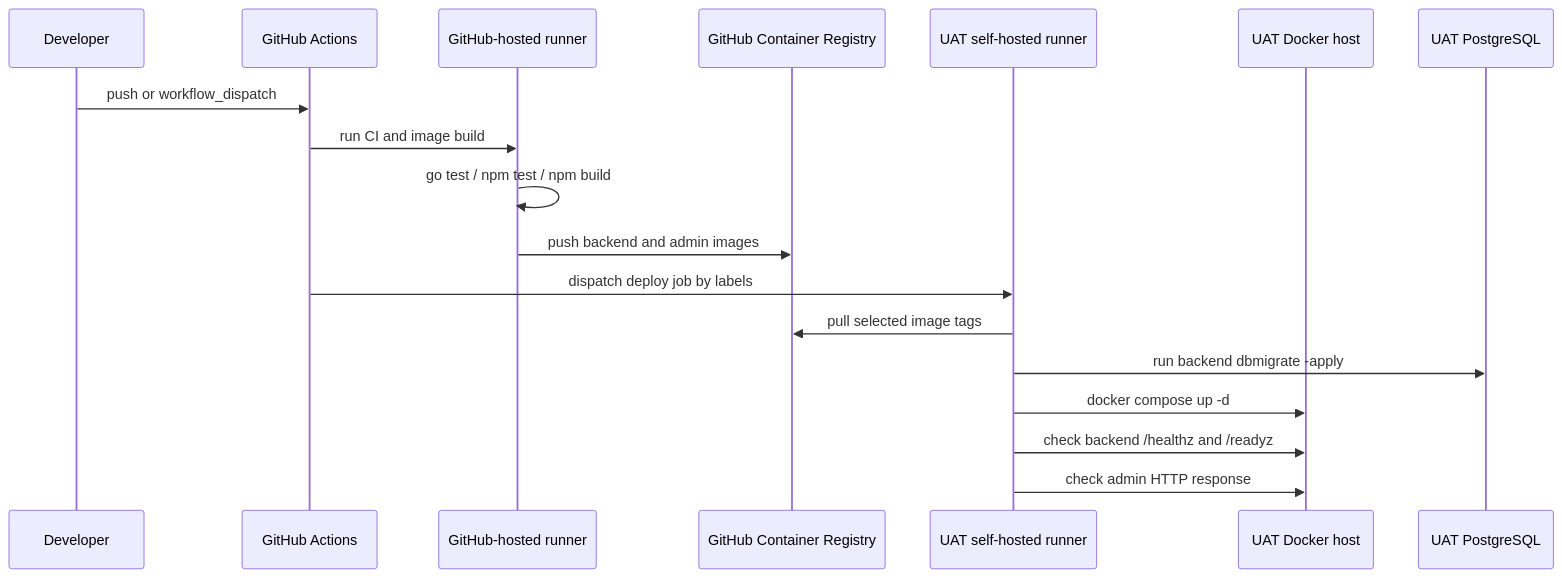
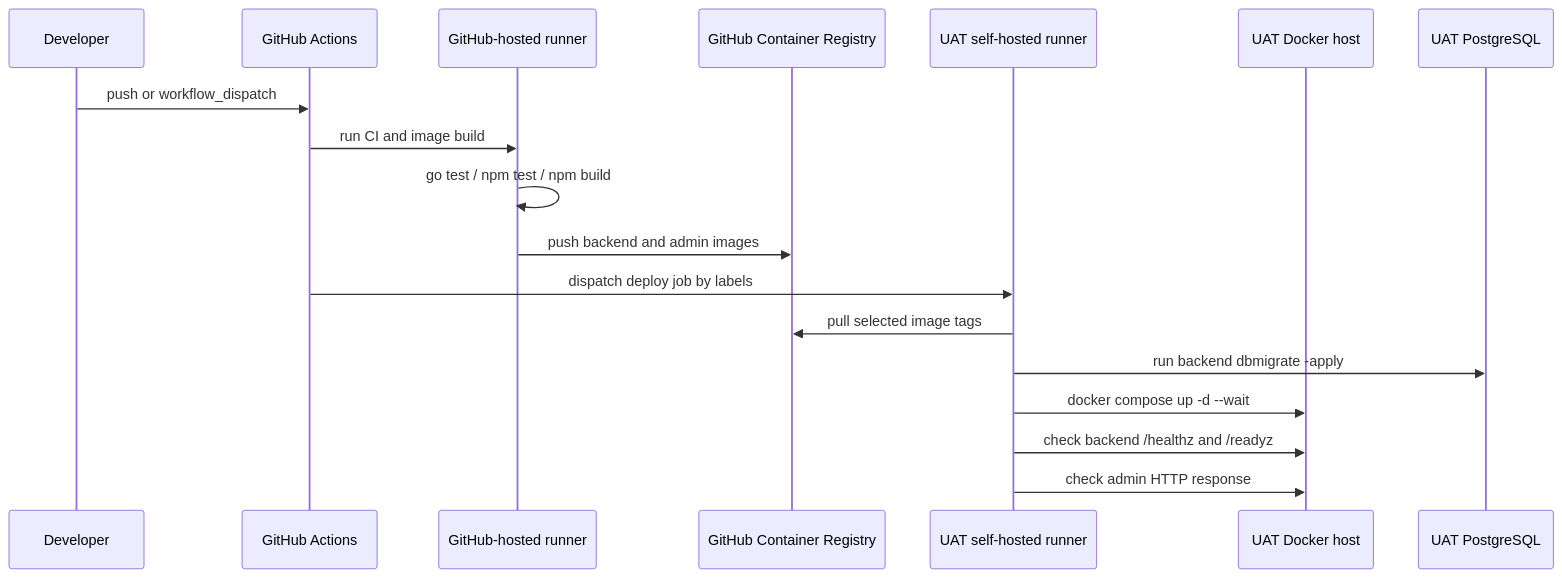
One commit to meierlink88/tidewise-ai changed the first of 2 diagrams in openspec/changes/define-uat-github-actions-deployment/design.md. Above: the diagram before and after it, drawn with Mermaid. The commit also changed other lines of this file and 3 other files, not shown here.

Commit message:
fix: wait for UAT service health

````diff
--- a/openspec/changes/define-uat-github-actions-deployment/design.md
+++ b/openspec/changes/define-uat-github-actions-deployment/design.md
@@ -35,21 +35,21 @@
 ```mermaid
 sequenceDiagram
     participant Dev as Developer
     participant GH as GitHub Actions
     participant Cloud as GitHub-hosted runner
     participant GHCR as GitHub Container Registry
     participant UAT as UAT self-hosted runner
     participant Docker as UAT Docker host
     participant DB as UAT PostgreSQL
 
     Dev->>GH: push or workflow_dispatch
     GH->>Cloud: run CI and image build
     Cloud->>Cloud: go test / npm test / npm build
     Cloud->>GHCR: push backend and admin images
     GH->>UAT: dispatch deploy job by labels
     UAT->>GHCR: pull selected image tags
     UAT->>DB: run backend dbmigrate -apply
-    UAT->>Docker: docker compose up -d
+    UAT->>Docker: docker compose up -d --wait
     UAT->>Docker: check backend /healthz and /readyz
     UAT->>Docker: check admin HTTP response
 ```
````
